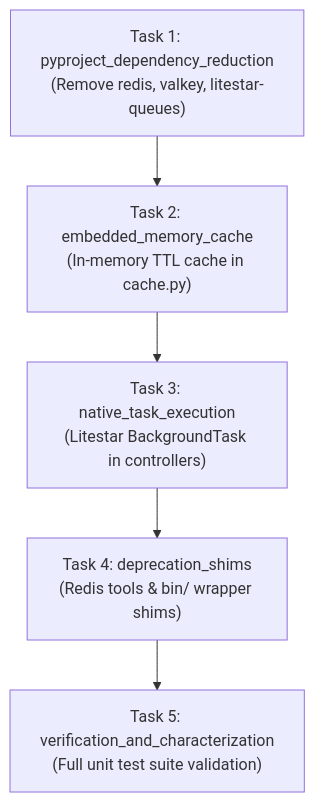
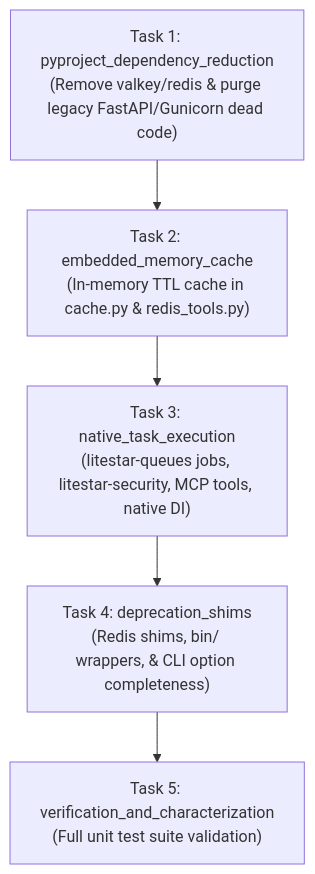
The diagram in .agents/bundles/specs/embedded_listener_and_task_execution_20260826/spec.md (cofin/goe), drawn with Mermaid before and after one commit. The commit also changed other lines of this file and 185 other files, not shown here.

First line of the commit message:
feat(config,cli,listener): dotenv discovery, CLI parity, schema alignment, and startup optimization (#7)

````diff
--- a/.agents/bundles/specs/embedded_listener_and_task_execution_20260826/spec.md
+++ b/.agents/bundles/specs/embedded_listener_and_task_execution_20260826/spec.md
@@ -40,7 +51,7 @@
 ```mermaid
 flowchart TD
-    T1["Task 1: pyproject_dependency_reduction\n(Remove redis, valkey, litestar-queues)"] --> T2["Task 2: embedded_memory_cache\n(In-memory TTL cache in cache.py)"]
-    T2 --> T3["Task 3: native_task_execution\n(Litestar BackgroundTask in controllers)"]
-    T3 --> T4["Task 4: deprecation_shims\n(Redis tools & bin/ wrapper shims)"]
+    T1["Task 1: pyproject_dependency_reduction\n(Remove valkey/redis & purge legacy FastAPI/Gunicorn dead code)"] --> T2["Task 2: embedded_memory_cache\n(In-memory TTL cache in cache.py & redis_tools.py)"]
+    T2 --> T3["Task 3: native_task_execution\n(litestar-queues jobs, litestar-security, MCP tools, native DI)"]
+    T3 --> T4["Task 4: deprecation_shims\n(Redis shims, bin/ wrappers, & CLI option completeness)"]
     T4 --> T5["Task 5: verification_and_characterization\n(Full unit test suite validation)"]
 ```
````
